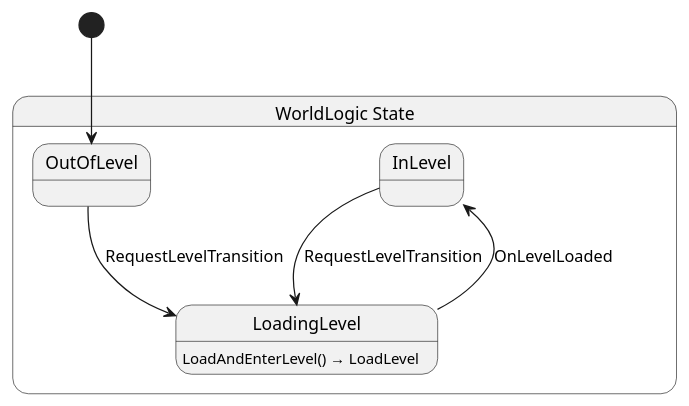
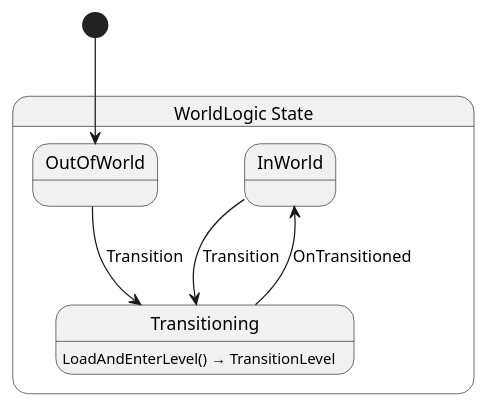
One commit to nilsiker/yolk changed the diagram in Yolk.Logic/World/WorldLogic.g.puml. Above: the diagram before and after it, drawn with PlantUML. The commit also changed 38 other files, not shown here.

Commit message:
feat: start working on World2D and level loading/transitioning

```diff
--- a/Yolk.Logic/World/WorldLogic.g.puml
+++ b/Yolk.Logic/World/WorldLogic.g.puml
@@ -1,15 +1,15 @@
 @startuml WorldLogic
 state "WorldLogic State" as Yolk_Level_WorldLogic_State {
-  state "InLevel" as Yolk_Level_WorldLogic_State_InLevel
-  state "LoadingLevel" as Yolk_Level_WorldLogic_State_LoadingLevel
-  state "OutOfLevel" as Yolk_Level_WorldLogic_State_OutOfLevel
+  state "InWorld" as Yolk_Level_WorldLogic_State_InWorld
+  state "OutOfWorld" as Yolk_Level_WorldLogic_State_OutOfWorld
+  state "Transitioning" as Yolk_Level_WorldLogic_State_Transitioning
 }
 
-Yolk_Level_WorldLogic_State_InLevel --> Yolk_Level_WorldLogic_State_LoadingLevel : RequestLevelTransition
-Yolk_Level_WorldLogic_State_LoadingLevel --> Yolk_Level_WorldLogic_State_InLevel : OnLevelLoaded
-Yolk_Level_WorldLogic_State_OutOfLevel --> Yolk_Level_WorldLogic_State_LoadingLevel : RequestLevelTransition
+Yolk_Level_WorldLogic_State_InWorld --> Yolk_Level_WorldLogic_State_Transitioning : Transition
+Yolk_Level_WorldLogic_State_OutOfWorld --> Yolk_Level_WorldLogic_State_Transitioning : Transition
+Yolk_Level_WorldLogic_State_Transitioning --> Yolk_Level_WorldLogic_State_InWorld : OnTransitioned
 
-Yolk_Level_WorldLogic_State_LoadingLevel : LoadAndEnterLevel() → LoadLevel
+Yolk_Level_WorldLogic_State_Transitioning : LoadAndEnterLevel() → TransitionLevel
 
-[*] --> Yolk_Level_WorldLogic_State_OutOfLevel
+[*] --> Yolk_Level_WorldLogic_State_OutOfWorld
 @enduml
```
